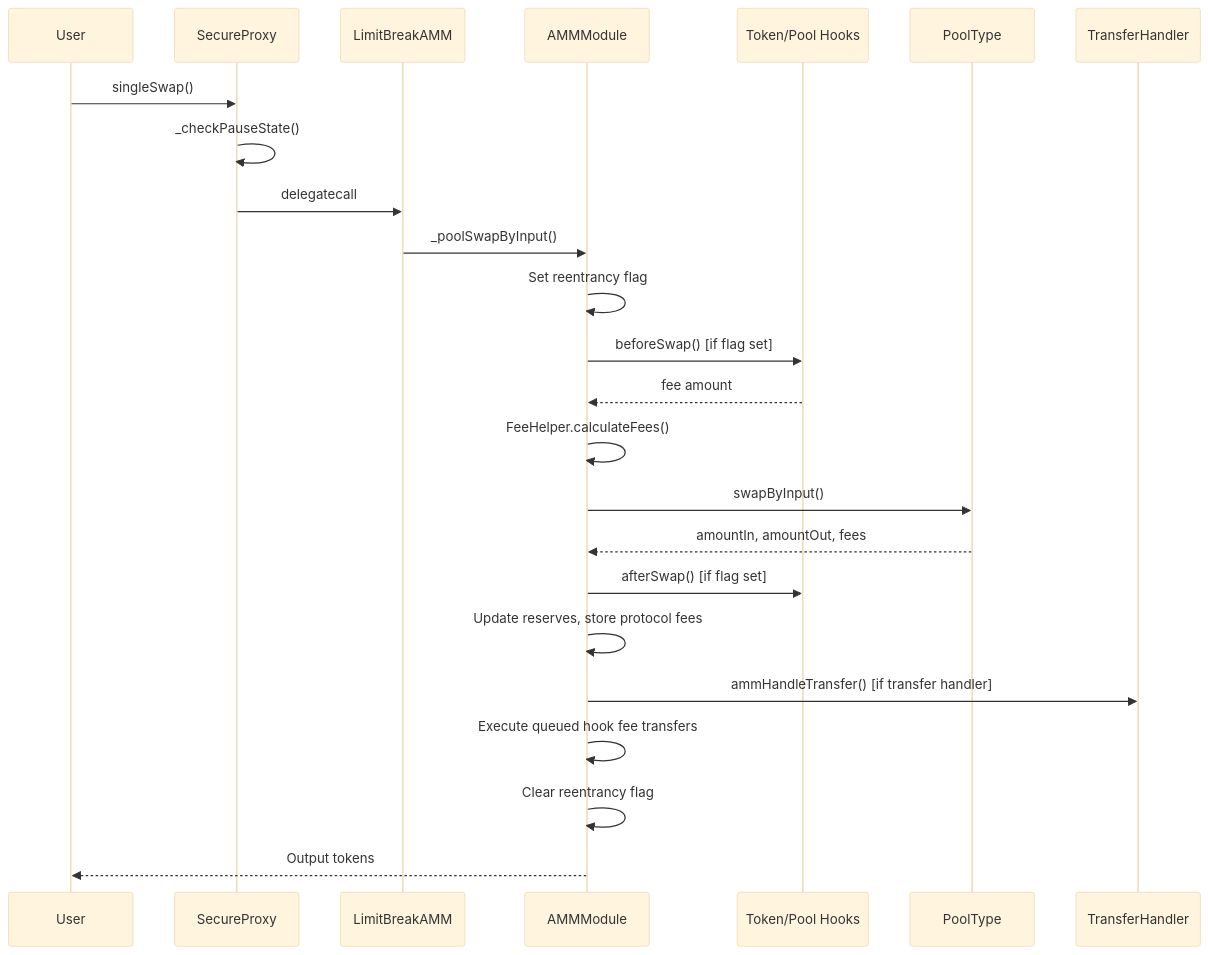
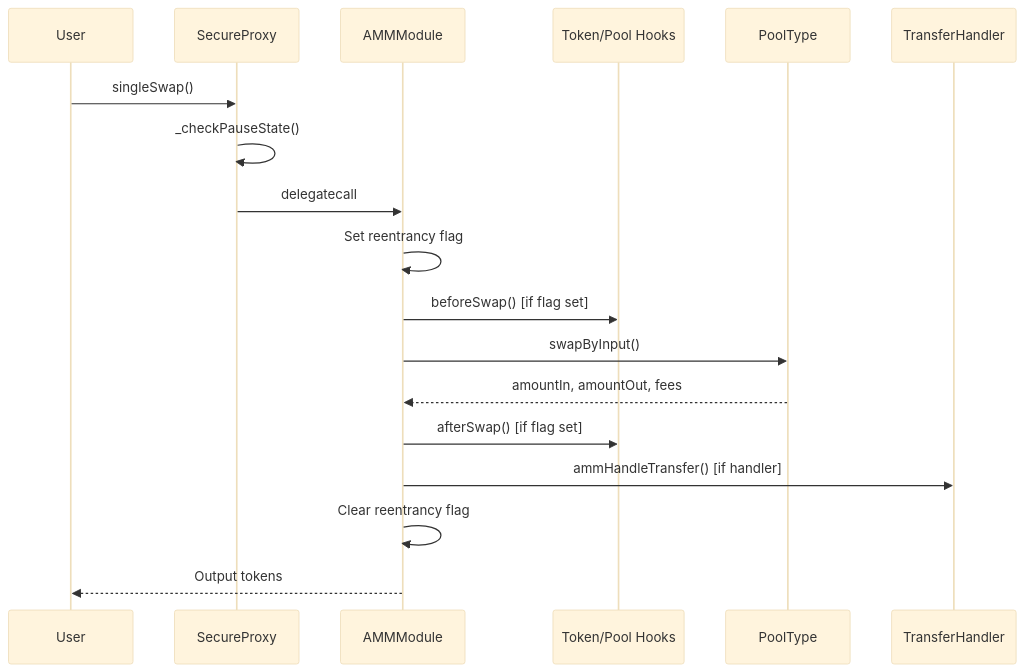
One commit to 0xquinto/limit-break-amm changed the third of 3 diagrams in docs/CODEBASE_MAP.md. Above: the diagram before and after it, drawn with Mermaid (base theme). The commit also changed other lines of this file, not shown here.

````diff
--- a/docs/CODEBASE_MAP.md
+++ b/docs/CODEBASE_MAP.md
@@ -327,27 +362,21 @@
 ```mermaid
 sequenceDiagram
     participant User
     participant Proxy as SecureProxy
-    participant AMM as LimitBreakAMM
     participant Module as AMMModule
     participant Hook as Token/Pool Hooks
     participant Pool as PoolType
     participant Handler as TransferHandler
 
     User->>Proxy: singleSwap()
     Proxy->>Proxy: _checkPauseState()
-    Proxy->>AMM: delegatecall
-    AMM->>Module: _poolSwapByInput()
+    Proxy->>Module: delegatecall
     Module->>Module: Set reentrancy flag
     Module->>Hook: beforeSwap() [if flag set]
-    Hook-->>Module: fee amount
-    Module->>Module: FeeHelper.calculateFees()
     Module->>Pool: swapByInput()
     Pool-->>Module: amountIn, amountOut, fees
     Module->>Hook: afterSwap() [if flag set]
-    Module->>Module: Update reserves, store protocol fees
-    Module->>Handler: ammHandleTransfer() [if transfer handler]
-    Module->>Module: Execute queued hook fee transfers
+    Module->>Handler: ammHandleTransfer() [if handler]
     Module->>Module: Clear reentrancy flag
     Module-->>User: Output tokens
 ```
````
